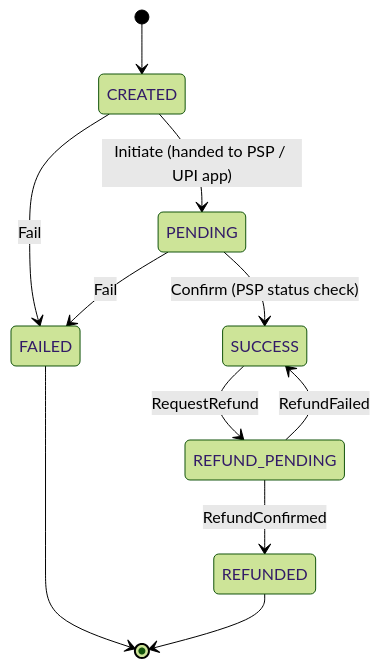
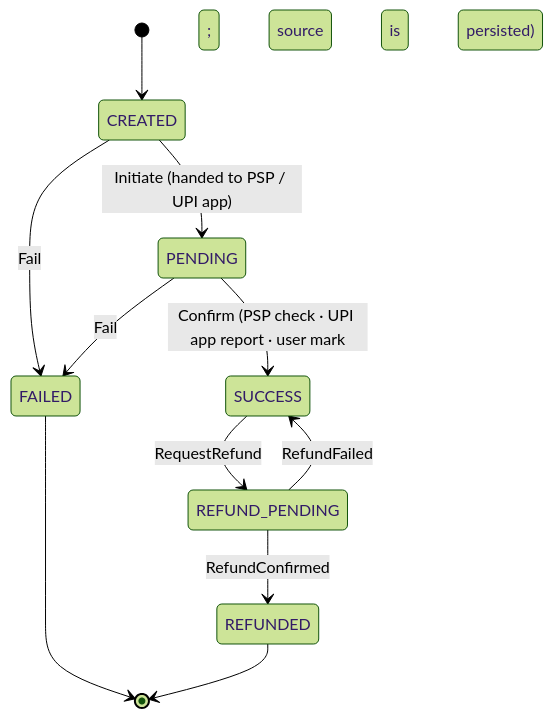
The second of 2 diagrams in README.md (Darshan-05032003/PayFlow), drawn with Mermaid (forest theme) before and after one commit. The commit also changed other lines of this file and 4 other files, not shown here.

````diff
--- a/README.md
+++ b/README.md
@@ -105,13 +112,13 @@
 ```mermaid
 stateDiagram-v2
     [*] --> CREATED
     CREATED --> PENDING: Initiate (handed to PSP / UPI app)
     CREATED --> FAILED: Fail
-    PENDING --> SUCCESS: Confirm (PSP status check)
+    PENDING --> SUCCESS: Confirm (PSP check · UPI app report · user mark; source is persisted)
     PENDING --> FAILED: Fail
     SUCCESS --> REFUND_PENDING: RequestRefund
     REFUND_PENDING --> REFUNDED: RefundConfirmed
     REFUND_PENDING --> SUCCESS: RefundFailed
     FAILED --> [*]
     REFUNDED --> [*]
 ```
````
